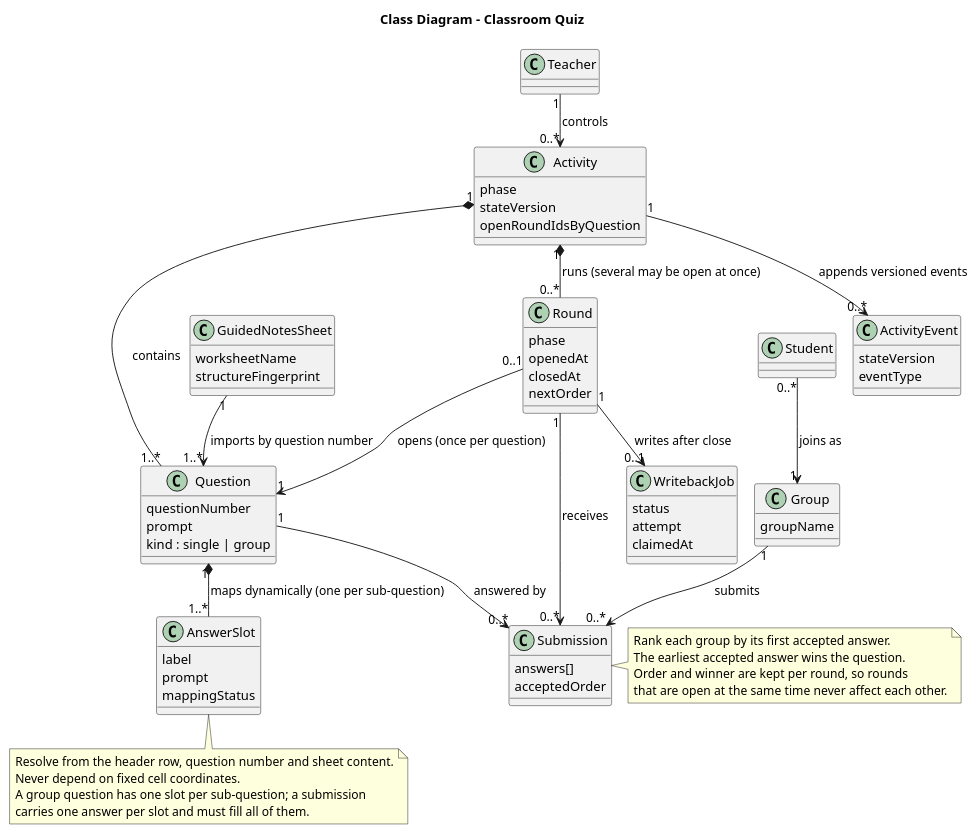
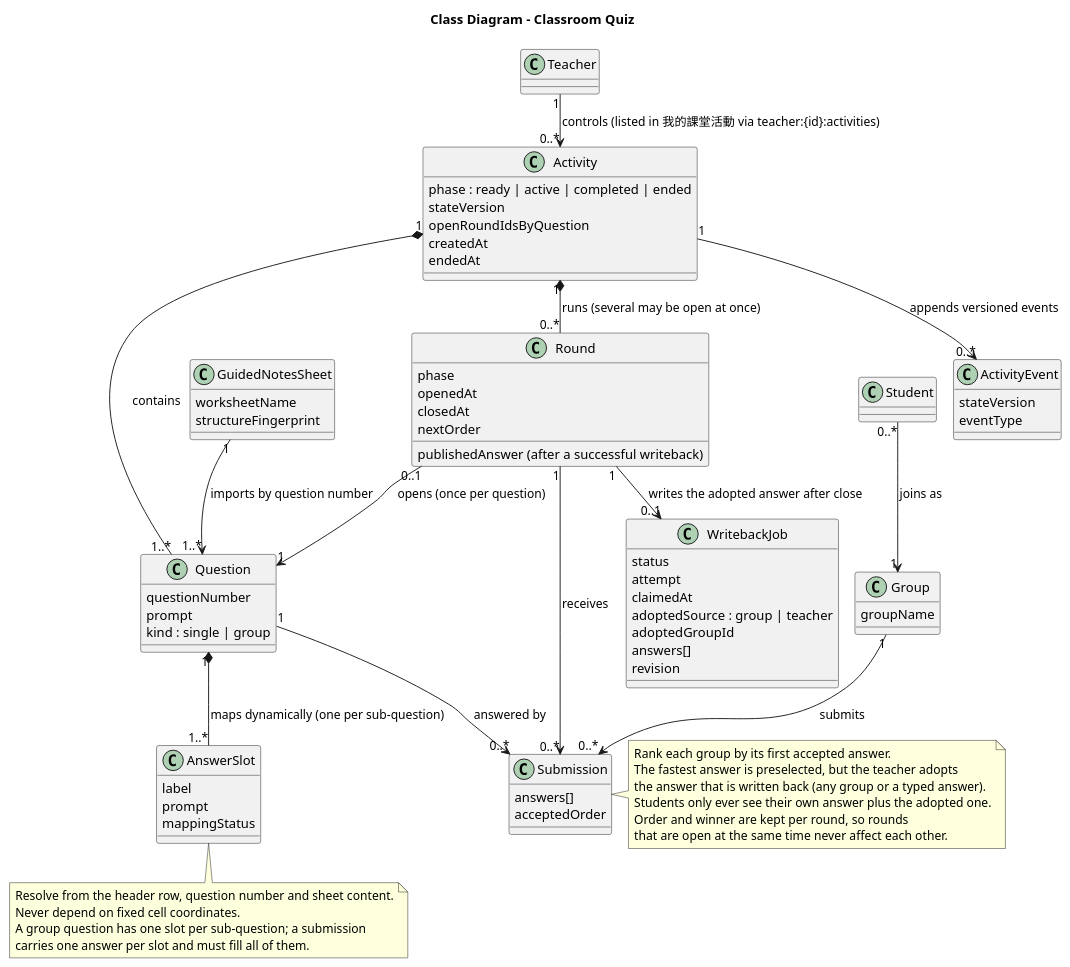
Before and after one commit to Chunshan-Theta/2026-SW-quickanswer: the diagram in main/diagrams/class.puml, drawn with PlantUML. The commit also changed 5 other files, not shown here.

First line of the commit message:
docs: update the shared diagrams for adopted answers and closing a room

```diff
--- a/main/diagrams/class.puml
+++ b/main/diagrams/class.puml
@@ -1,75 +1,84 @@
 @startuml
 !pragma layout smetana
 title Class Diagram - Classroom Quiz
 
 class Teacher
 class Student
 class Group {
   groupName
 }
 class Activity {
-  phase
+  phase : ready | active | completed | ended
   stateVersion
   openRoundIdsByQuestion
+  createdAt
+  endedAt
 }
 class Question {
   questionNumber
   prompt
   kind : single | group
 }
 class Round {
   phase
   openedAt
   closedAt
   nextOrder
+  publishedAnswer (after a successful writeback)
 }
 class Submission {
   answers[]
   acceptedOrder
 }
 class GuidedNotesSheet {
   worksheetName
   structureFingerprint
 }
 class AnswerSlot {
   label
   prompt
   mappingStatus
 }
 class ActivityEvent {
   stateVersion
   eventType
 }
 class WritebackJob {
   status
   attempt
   claimedAt
+  adoptedSource : group | teacher
+  adoptedGroupId
+  answers[]
+  revision
 }
 
-Teacher "1" --> "0..*" Activity : controls
+Teacher "1" --> "0..*" Activity : controls (listed in 我的課堂活動 via teacher:{id}:activities)
 Activity "1" *-- "1..*" Question : contains
 Activity "1" *-- "0..*" Round : runs (several may be open at once)
 Round "0..1" --> "1" Question : opens (once per question)
 Student "0..*" --> "1" Group : joins as
 Group "1" --> "0..*" Submission : submits
 Round "1" --> "0..*" Submission : receives
 Question "1" --> "0..*" Submission : answered by
 GuidedNotesSheet "1" --> "1..*" Question : imports by question number
 Question "1" *-- "1..*" AnswerSlot : maps dynamically (one per sub-question)
 Activity "1" --> "0..*" ActivityEvent : appends versioned events
-Round "1" --> "0..1" WritebackJob : writes after close
+Round "1" --> "0..1" WritebackJob : writes the adopted answer after close
 
 note right of Submission
   Rank each group by its first accepted answer.
-  The earliest accepted answer wins the question.
+  The fastest answer is preselected, but the teacher adopts
+  the answer that is written back (any group or a typed answer).
+  Students only ever see their own answer plus the adopted one.
   Order and winner are kept per round, so rounds
   that are open at the same time never affect each other.
 end note
 note bottom of AnswerSlot
   Resolve from the header row, question number and sheet content.
   Never depend on fixed cell coordinates.
   A group question has one slot per sub-question; a submission
   carries one answer per slot and must fill all of them.
 end note
 
 @enduml
```
